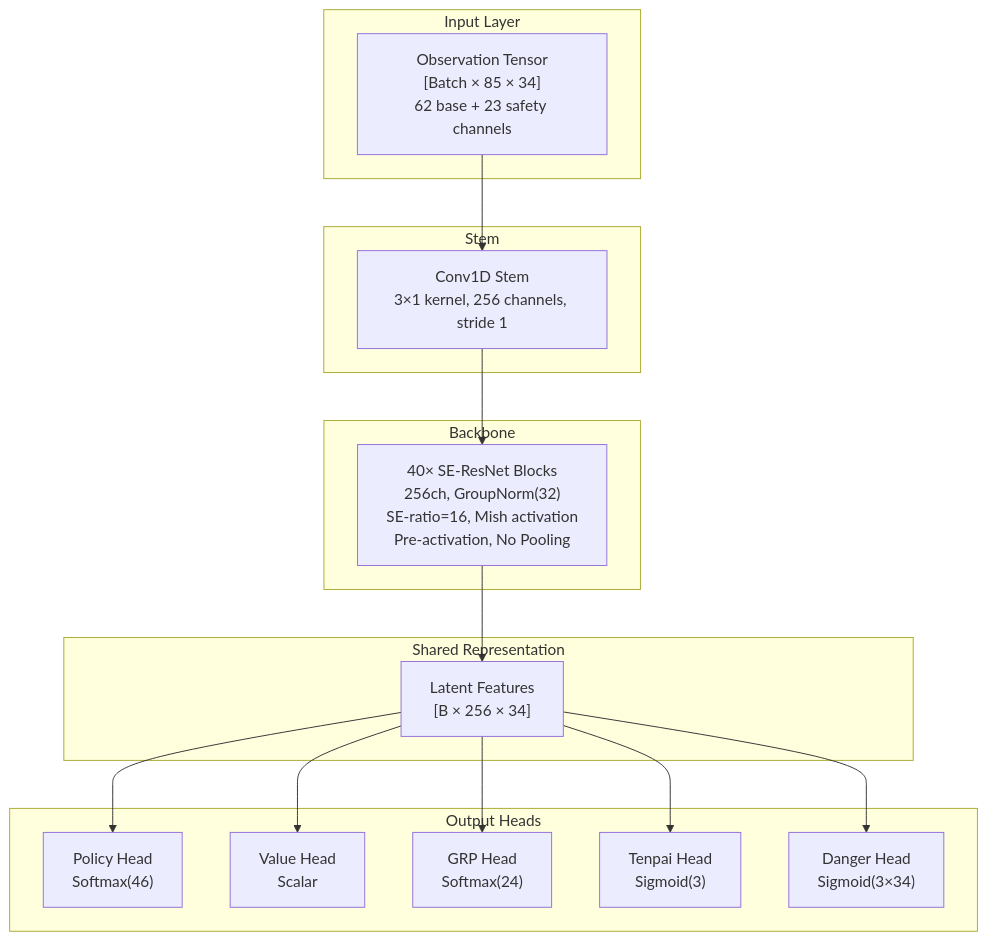
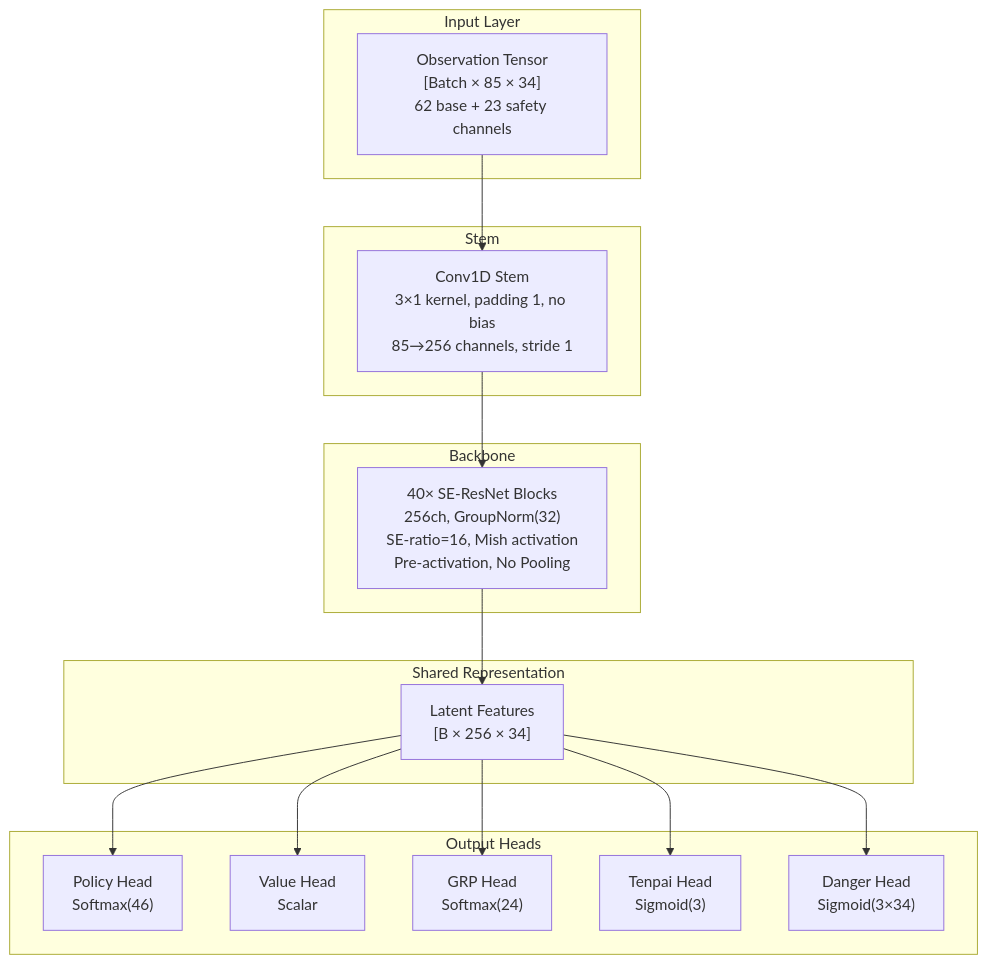
The first of 6 diagrams in research/HYDRA_SPEC.md (NikkeTryHard/hydra), drawn with Mermaid before and after one commit. The commit also changed other lines of this file, not shown here.

First line of the commit message:
docs: add target ruleset, fix stem/cross-refs, resolve post-call ambiguity in HYDRA_SPEC

````diff
--- a/research/HYDRA_SPEC.md
+++ b/research/HYDRA_SPEC.md
@@ -47,35 +102,35 @@
 ```mermaid
 graph TB
     subgraph "Input Layer"
         INPUT["Observation Tensor<br/>[Batch × 85 × 34]<br/>62 base + 23 safety channels"]
     end
 
     subgraph "Stem"
-        STEM["Conv1D Stem<br/>3×1 kernel, 256 channels, stride 1"]
+        STEM["Conv1D Stem<br/>3×1 kernel, padding 1, no bias<br/>85→256 channels, stride 1"]
     end
 
     subgraph "Backbone"
         RES["40× SE-ResNet Blocks<br/>256ch, GroupNorm(32)<br/>SE-ratio=16, Mish activation<br/>Pre-activation, No Pooling"]
     end
 
     subgraph "Shared Representation"
         LATENT["Latent Features<br/>[B × 256 × 34]"]
     end
 
     subgraph "Output Heads"
         POLICY["Policy Head<br/>Softmax(46)"]
         VALUE["Value Head<br/>Scalar"]
         GRP["GRP Head<br/>Softmax(24)"]
         TENPAI["Tenpai Head<br/>Sigmoid(3)"]
         DANGER["Danger Head<br/>Sigmoid(3×34)"]
     end
 
     INPUT --> STEM
     STEM --> RES
     RES --> LATENT
     LATENT --> POLICY
     LATENT --> VALUE
     LATENT --> GRP
     LATENT --> TENPAI
     LATENT --> DANGER
 ```
````
